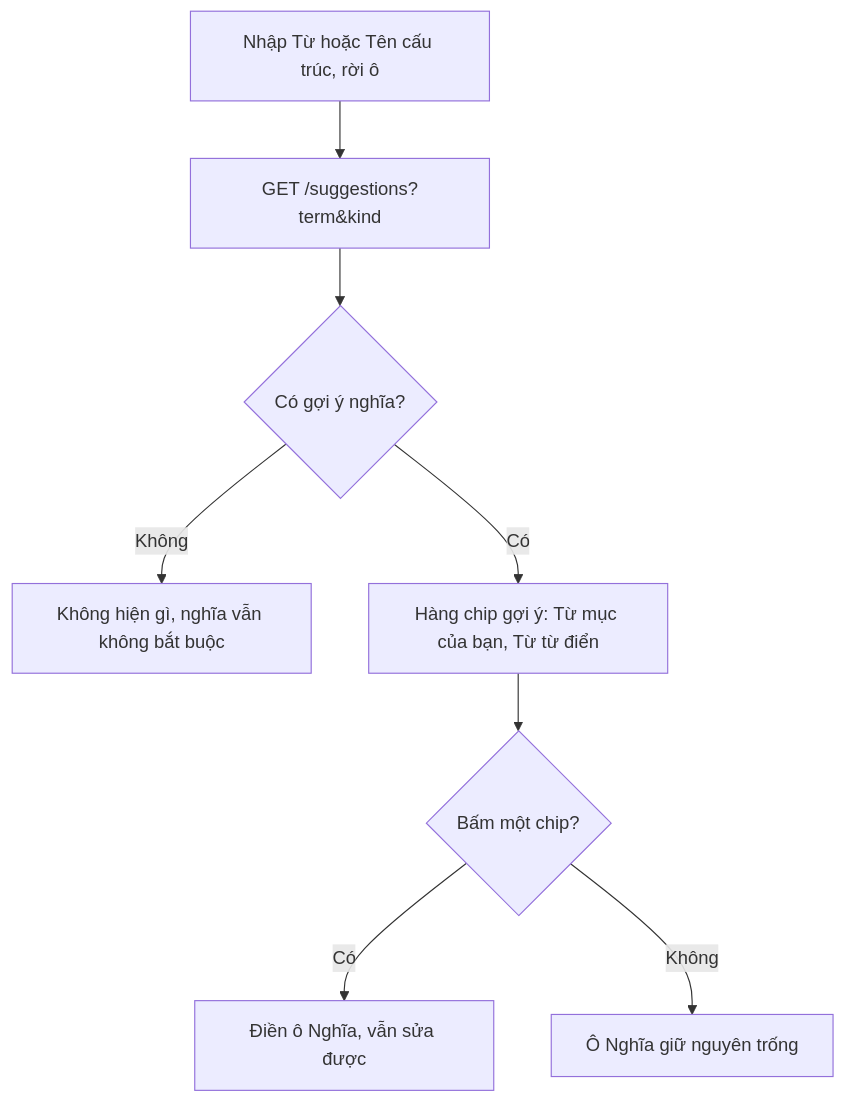
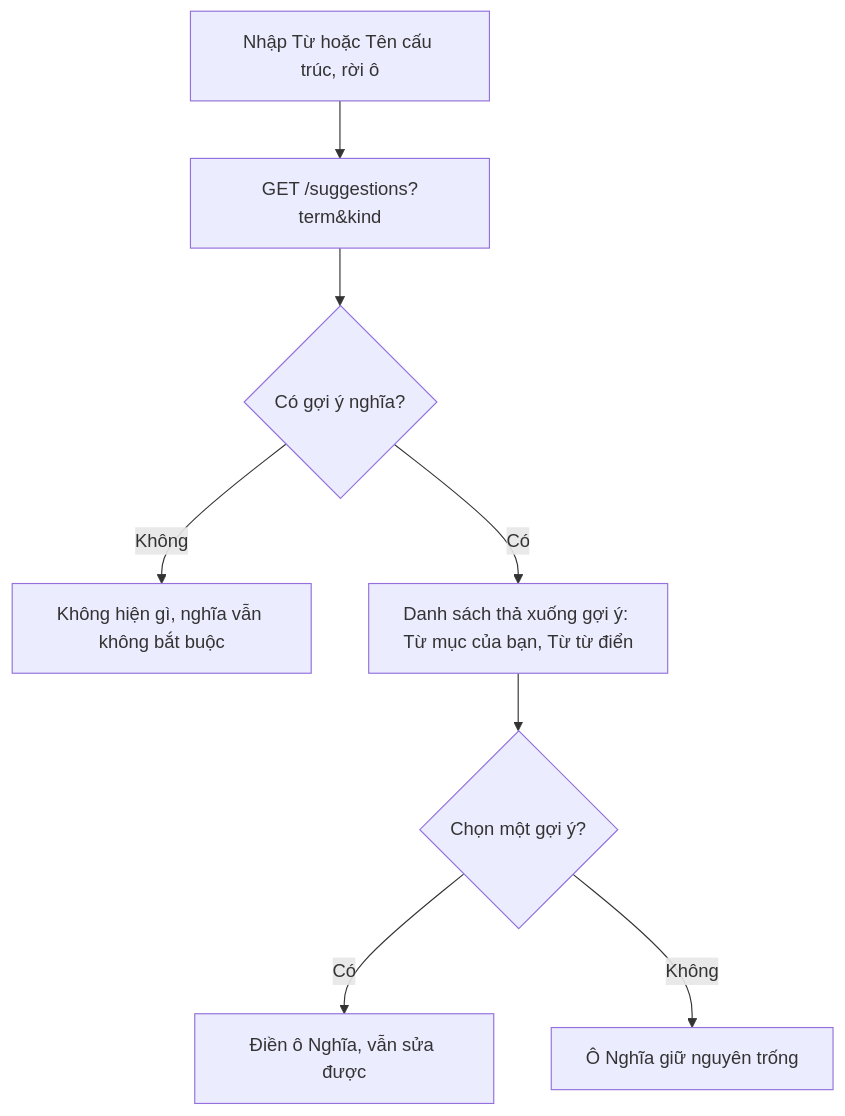
One commit to pamela172103/Lingozi changed the first of 2 diagrams in docs/features/knowledge-items/srs/US-LIB-09-meaning-suggestions.md. Above: the diagram before and after it, drawn with Mermaid. The commit also changed other lines of this file and 35 other files, not shown here.

````diff
--- a/docs/features/knowledge-items/srs/US-LIB-09-meaning-suggestions.md
+++ b/docs/features/knowledge-items/srs/US-LIB-09-meaning-suggestions.md
@@ -62,10 +62,10 @@
 ```mermaid
 flowchart TD
     A[Nhập Từ hoặc Tên cấu trúc, rời ô] --> B[GET /suggestions?term&kind]
     B --> C{Có gợi ý nghĩa?}
     C -- Không --> D[Không hiện gì, nghĩa vẫn không bắt buộc]
-    C -- Có --> E[Hàng chip gợi ý: Từ mục của bạn, Từ từ điển]
-    E --> F{Bấm một chip?}
+    C -- Có --> E[Danh sách thả xuống gợi ý: Từ mục của bạn, Từ từ điển]
+    E --> F{Chọn một gợi ý?}
     F -- Có --> G[Điền ô Nghĩa, vẫn sửa được]
     F -- Không --> H[Ô Nghĩa giữ nguyên trống]
 ```
````
